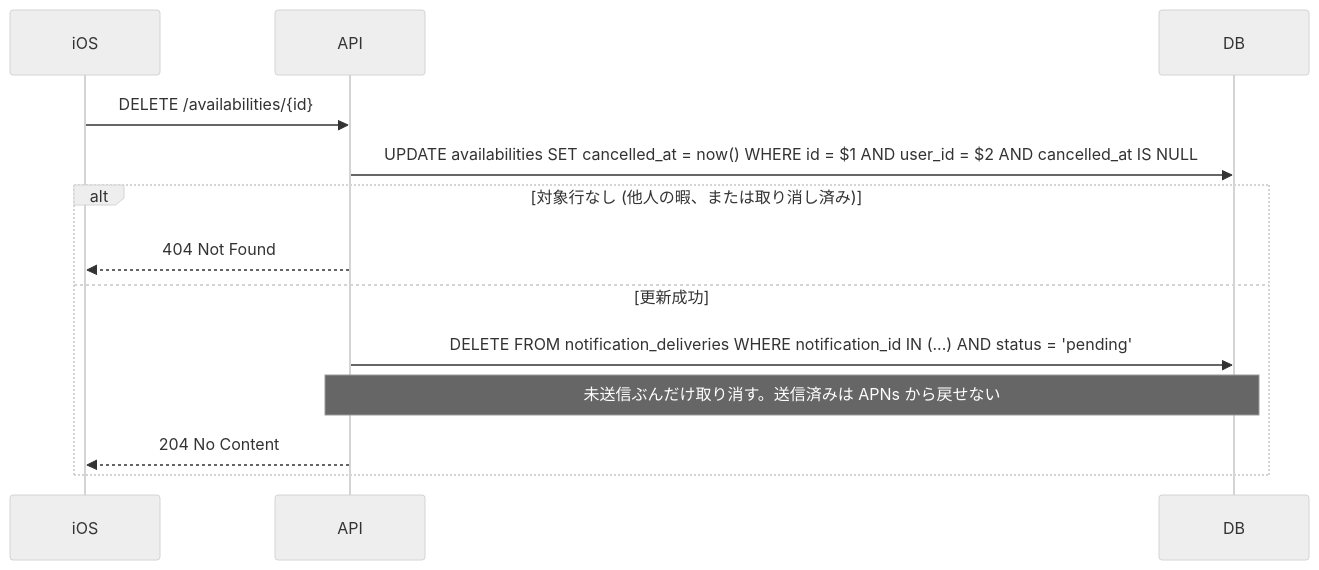
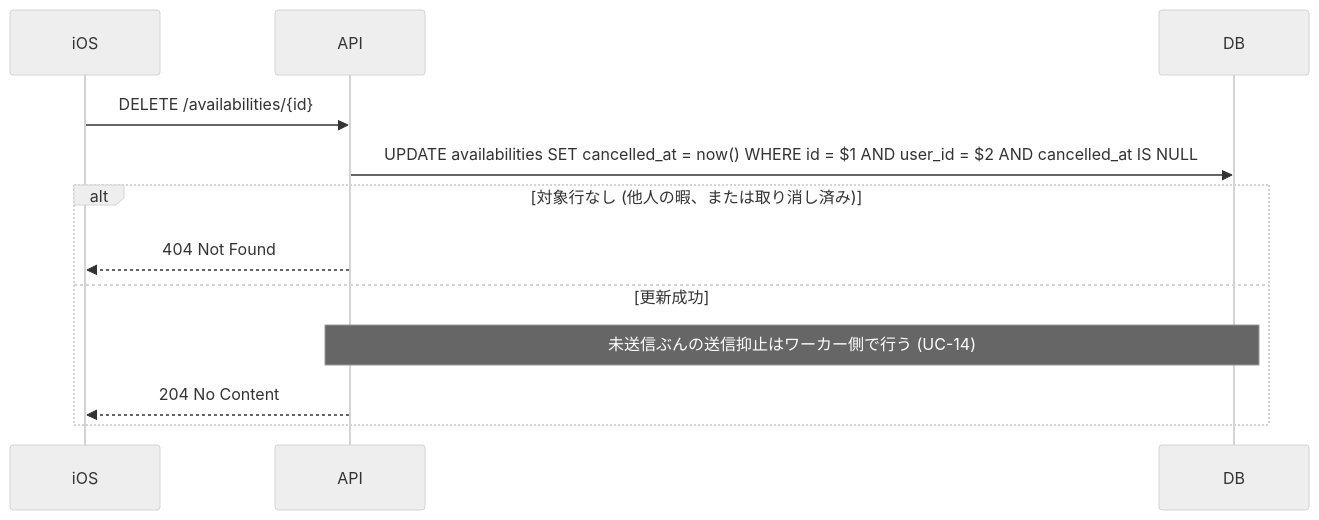
The sixth of 6 diagrams in docs/usecases/availability-sharing.md (sawakishuto/himasoku-go), drawn with Mermaid (neutral theme) before and after one commit. The commit also changed other lines of this file and 3 other files, not shown here.

````diff
--- a/docs/usecases/availability-sharing.md
+++ b/docs/usecases/availability-sharing.md
@@ -280,17 +296,16 @@
 ```mermaid
 sequenceDiagram
     participant iOS
     participant API
     participant DB
 
     iOS->>API: DELETE /availabilities/{id}
     API->>DB: UPDATE availabilities SET cancelled_at = now() WHERE id = $1 AND user_id = $2 AND cancelled_at IS NULL
 
     alt 対象行なし (他人の暇、または取り消し済み)
         API-->>iOS: 404 Not Found
     else 更新成功
-        API->>DB: DELETE FROM notification_deliveries WHERE notification_id IN (...) AND status = 'pending'
-        Note over API,DB: 未送信ぶんだけ取り消す。送信済みは APNs から戻せない
+        Note over API,DB: 未送信ぶんの送信抑止はワーカー側で行う (UC-14)
         API-->>iOS: 204 No Content
     end
 ```
````
